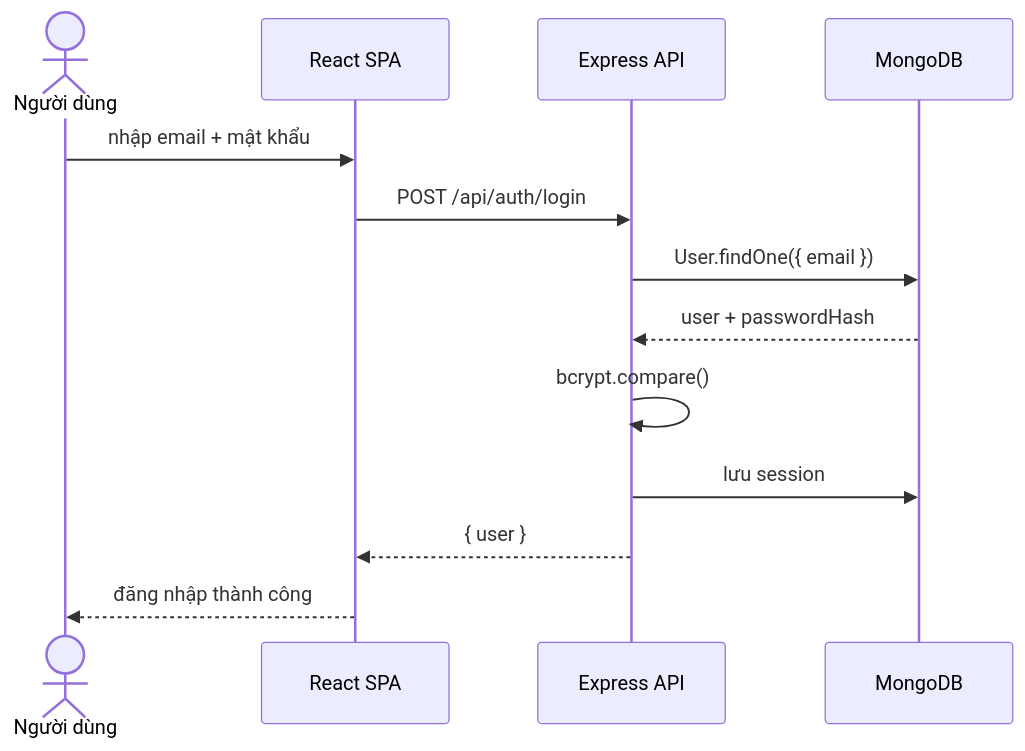
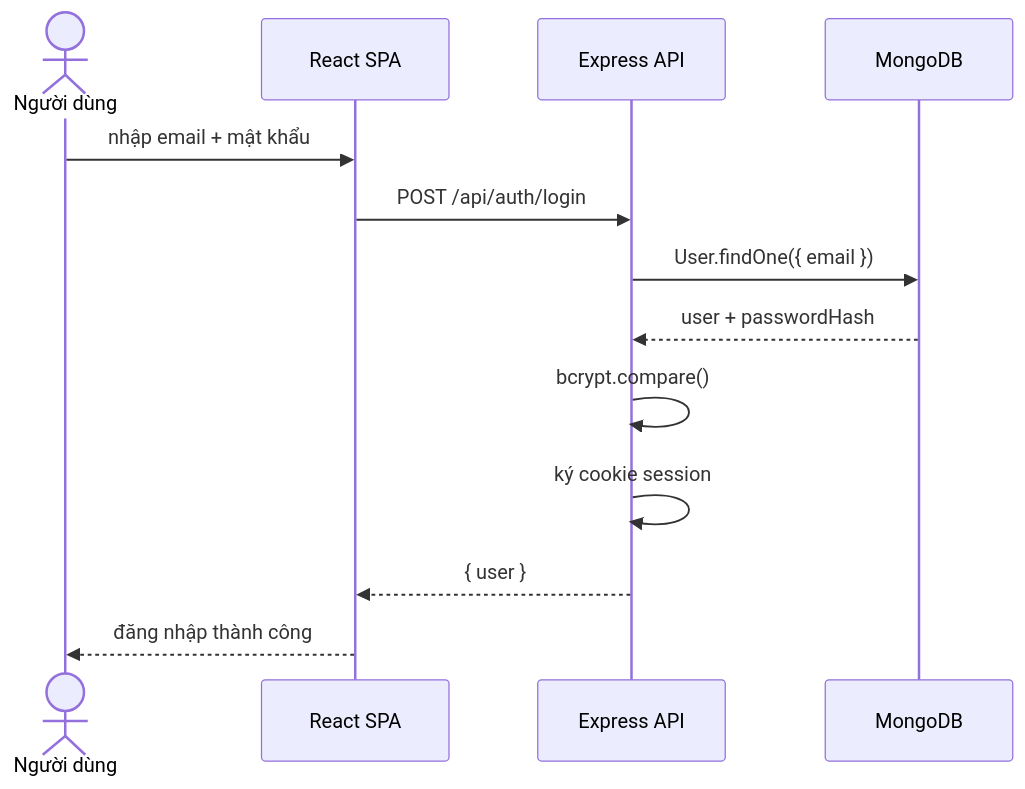
Before and after one commit to leaqtruong/pixelvault: the second of 3 diagrams in docs/BAO-CAO.md, drawn with Mermaid. The commit also changed other lines of this file and 1 other file, not shown here.

````diff
--- a/docs/BAO-CAO.md
+++ b/docs/BAO-CAO.md
@@ -351,16 +410,16 @@
 ```mermaid
 sequenceDiagram
   actor U as Người dùng
   participant SPA as React SPA
   participant API as Express API
   participant DB as MongoDB
 
   U->>SPA: nhập email + mật khẩu
   SPA->>API: POST /api/auth/login
   API->>DB: User.findOne({ email })
   DB-->>API: user + passwordHash
   API->>API: bcrypt.compare()
-  API->>DB: lưu session
+  API->>API: ký cookie session
   API-->>SPA: { user }
   SPA-->>U: đăng nhập thành công
 ```
````
